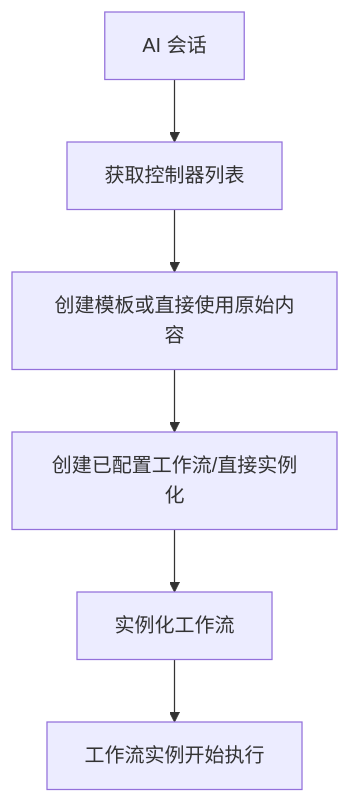
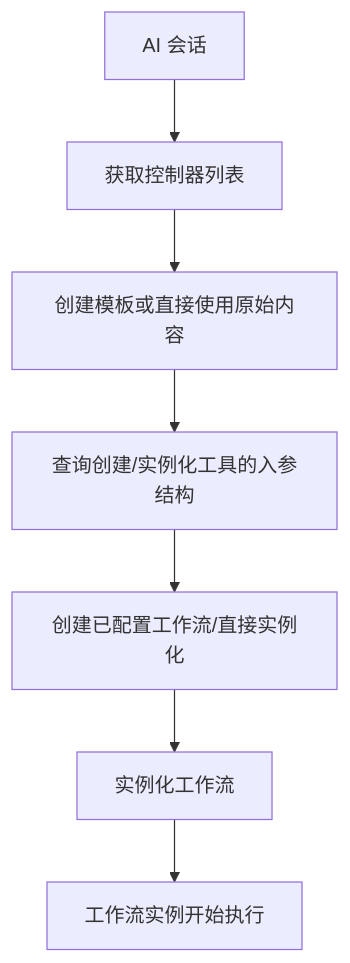
The fourth of 4 diagrams in docs/product/draft/20260811-agent-workflow-phase2.md (Deliay/z-agent-gear), drawn with Mermaid before and after one commit. The commit also changed other lines of this file and 1 other file, not shown here.

Commit message:
docs(workflow): add getWorkflowToolInputSchema tool to phase-2 admin toolset (rework)

````diff
--- a/docs/product/draft/20260811-agent-workflow-phase2.md
+++ b/docs/product/draft/20260811-agent-workflow-phase2.md
@@ -153,8 +155,9 @@
 ```mermaid
 flowchart TD
     A[AI 会话] --> B[获取控制器列表]
     B --> C[创建模板或直接使用原始内容]
-    C --> D[创建已配置工作流/直接实例化]
+    C --> Q[查询创建/实例化工具的入参结构]
+    Q --> D[创建已配置工作流/直接实例化]
     D --> E[实例化工作流]
     E --> F[工作流实例开始执行]
 ```
````
